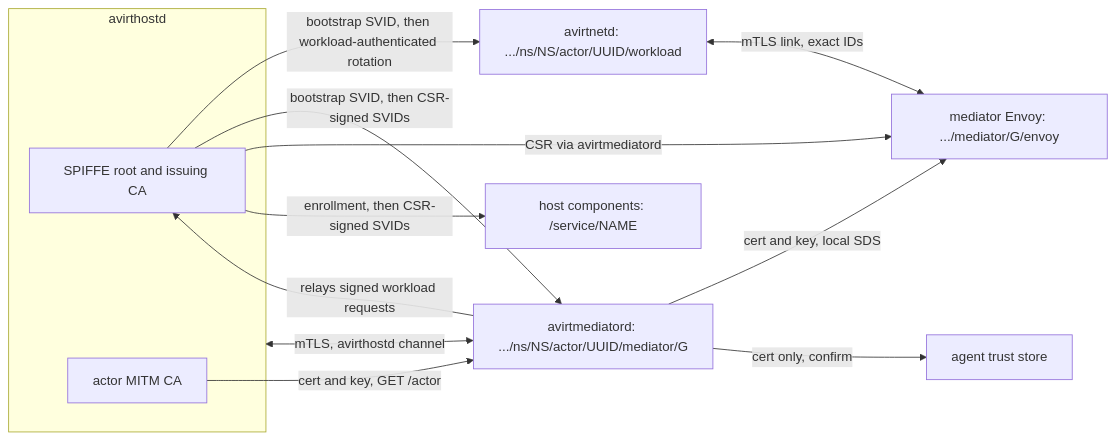
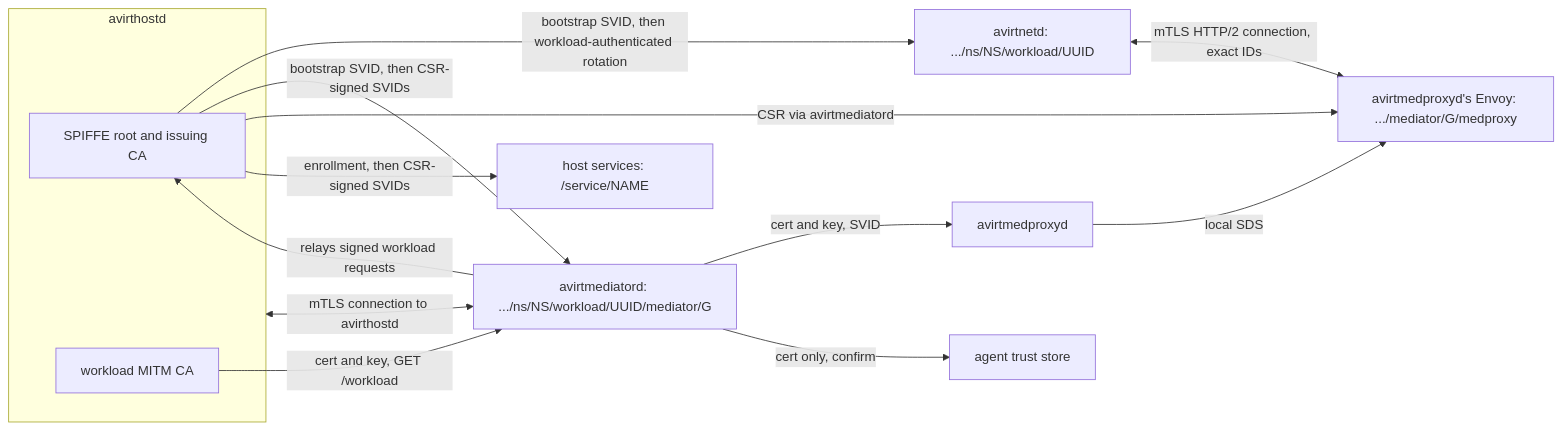
One commit to tbhb-dev/avirt changed the second of 2 diagrams in docs/identity.md. Above: the diagram before and after it, drawn with Mermaid. The commit also changed other lines of this file and 61 other files, not shown here.

First line of the commit message:
docs: design the avirt component architecture

````diff
--- a/docs/identity.md
+++ b/docs/identity.md
@@ -155,17 +157,18 @@
 ```mermaid
 flowchart LR
     subgraph hostd["avirthostd"]
         sca["SPIFFE root and issuing CA"]
-        mca["actor MITM CA"]
+        mca["workload MITM CA"]
     end
-    sca -->|"bootstrap SVID, then workload-authenticated rotation"| wl["avirtnetd: .../ns/NS/actor/UUID/workload"]
-    sca -->|"bootstrap SVID, then CSR-signed SVIDs"| med["avirtmediatord: .../ns/NS/actor/UUID/mediator/G"]
-    sca -->|"CSR via avirtmediatord"| env["mediator Envoy: .../mediator/G/envoy"]
-    sca -->|"enrollment, then CSR-signed SVIDs"| svc["host components: /service/NAME"]
+    sca -->|"bootstrap SVID, then workload-authenticated rotation"| wl["avirtnetd: .../ns/NS/workload/UUID"]
+    sca -->|"bootstrap SVID, then CSR-signed SVIDs"| med["avirtmediatord: .../ns/NS/workload/UUID/mediator/G"]
+    sca -->|"CSR via avirtmediatord"| env["avirtmedproxyd's Envoy: .../mediator/G/medproxy"]
+    sca -->|"enrollment, then CSR-signed SVIDs"| svc["host services: /service/NAME"]
     med -->|"relays signed workload requests"| sca
-    mca -->|"cert and key, GET /actor"| med
-    med -->|"cert and key, local SDS"| env
+    mca -->|"cert and key, GET /workload"| med
+    med -->|"cert and key, SVID"| mp["avirtmedproxyd"]
+    mp -->|"local SDS"| env
     med -->|"cert only, confirm"| agent["agent trust store"]
-    wl <-->|"mTLS link, exact IDs"| env
-    med <-->|"mTLS, avirthostd channel"| hostd
+    wl <-->|"mTLS HTTP/2 connection, exact IDs"| env
+    med <-->|"mTLS connection to avirthostd"| hostd
 ```
````
